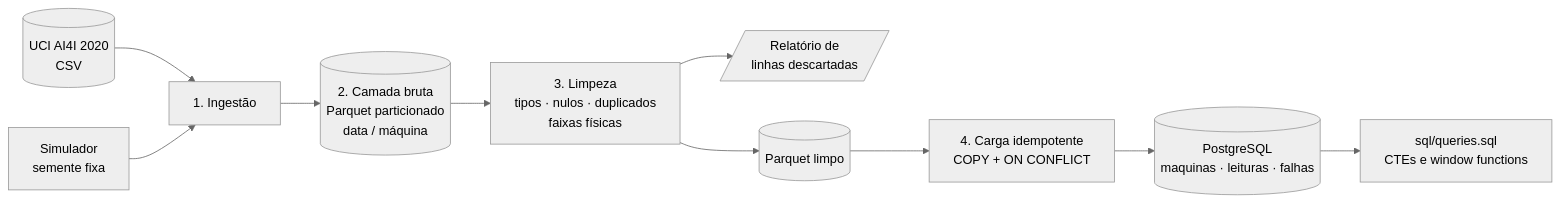
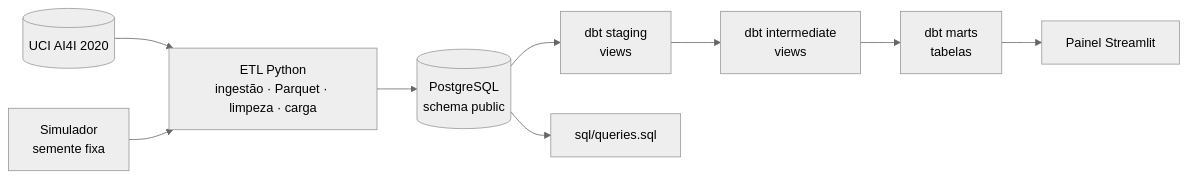
One commit to DenisPaulo/pipeline-dados-industriais changed the first of 2 diagrams in README.md. Above: the diagram before and after it, drawn with Mermaid (neutral theme). The commit also changed other lines of this file, not shown here.

Commit message:
docs: README da versão 2 (dbt)

````diff
--- a/README.md
+++ b/README.md
@@ -29,12 +31,11 @@
 ```mermaid
 flowchart LR
-    A[(UCI AI4I 2020<br/>CSV)] --> I
-    S[Simulador<br/>semente fixa] --> I
-    I[1. Ingestão] --> B[("2. Camada bruta<br/>Parquet particionado<br/>data / máquina")]
-    B --> L[3. Limpeza<br/>tipos · nulos · duplicados<br/>faixas físicas]
-    L --> R[/Relatório de<br/>linhas descartadas/]
-    L --> P[("Parquet limpo")]
-    P --> C[4. Carga idempotente<br/>COPY + ON CONFLICT]
-    C --> DB[(PostgreSQL<br/>maquinas · leituras · falhas)]
-    DB --> Q[sql/queries.sql<br/>CTEs e window functions]
+    A[(UCI AI4I 2020)] --> ETL
+    S[Simulador<br/>semente fixa] --> ETL
+    ETL["ETL Python<br/>ingestão · Parquet · limpeza · carga"] --> PUB[(PostgreSQL<br/>schema public)]
+    PUB --> STG["dbt staging<br/>views"]
+    STG --> INT["dbt intermediate<br/>views"]
+    INT --> MART["dbt marts<br/>tabelas"]
+    MART --> PAINEL[Painel Streamlit]
+    PUB --> Q[sql/queries.sql]
 ```
````
